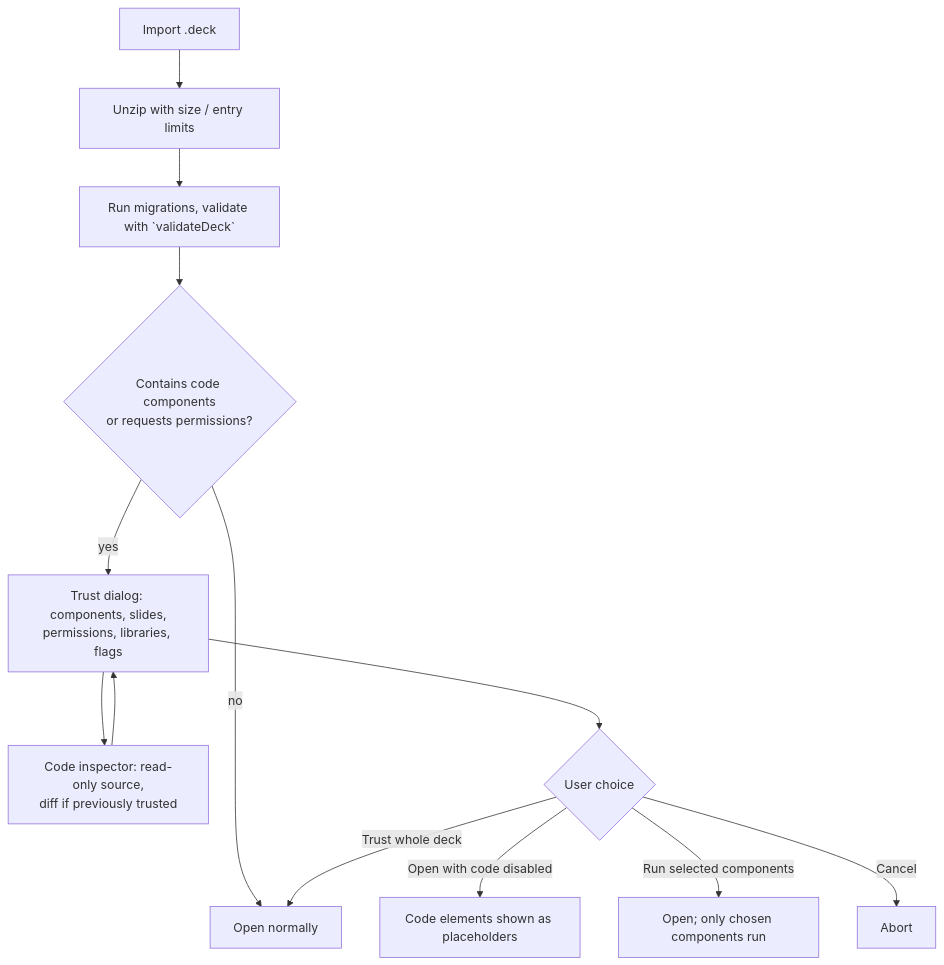
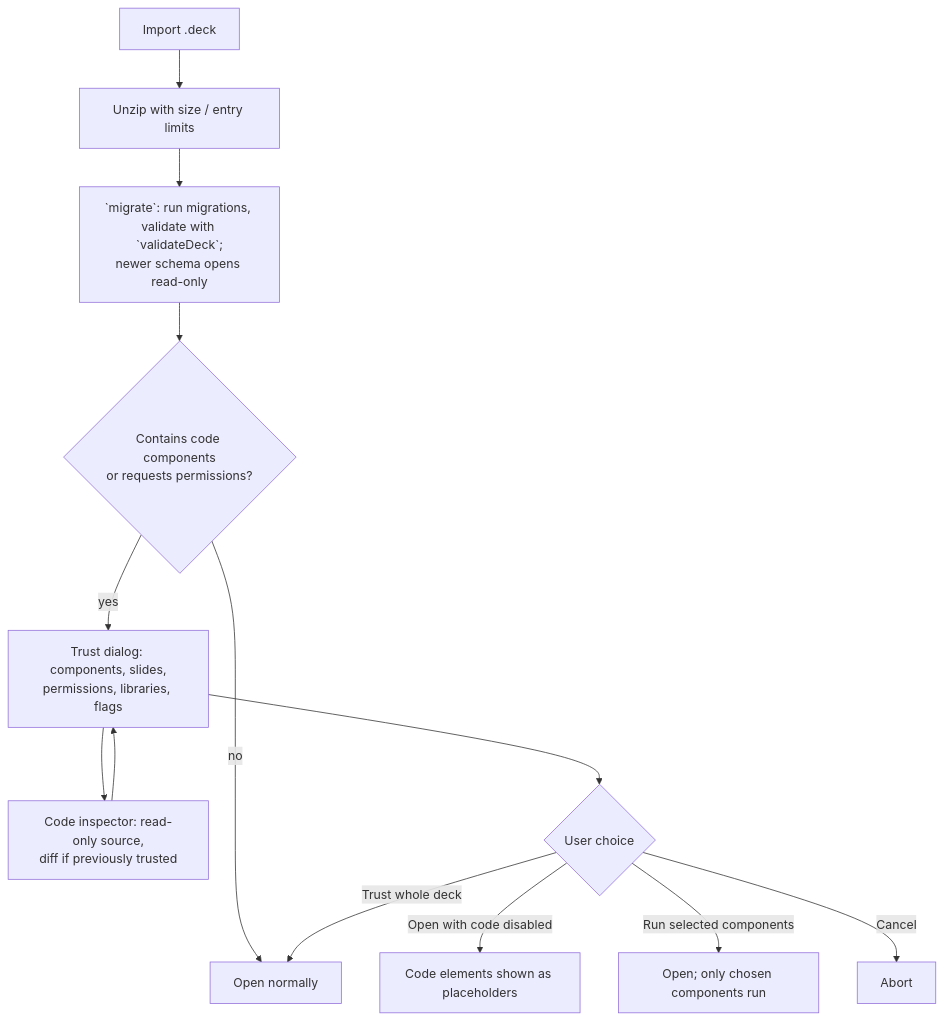
One commit to Gibb-y/decktech changed the fourth of 4 diagrams in docs/arc42/06-runtime-view.md. Above: the diagram before and after it, drawn with Mermaid. The commit also changed 4 other files, not shown here.

First line of the commit message:
Document migrations, read-only decks and backup sink (DT-03)

````diff
--- a/docs/arc42/06-runtime-view.md
+++ b/docs/arc42/06-runtime-view.md
@@ -85,15 +85,15 @@
 ```mermaid
 flowchart TD
     A[Import .deck] --> B[Unzip with size / entry limits]
-    B --> C[Run migrations, validate with `validateDeck`]
+    B --> C[`migrate`: run migrations, validate with `validateDeck`;<br/>newer schema opens read-only]
     C --> D{Contains code components<br/>or requests permissions?}
     D -- no --> G[Open normally]
     D -- yes --> E[Trust dialog: components, slides,<br/>permissions, libraries, flags]
     E --> I[Code inspector: read-only source,<br/>diff if previously trusted]
     I --> E
     E --> F{User choice}
     F -- Open with code disabled --> H[Code elements shown as placeholders]
     F -- Run selected components --> J[Open; only chosen components run]
     F -- Trust whole deck --> G
     F -- Cancel --> X[Abort]
 ```
````
